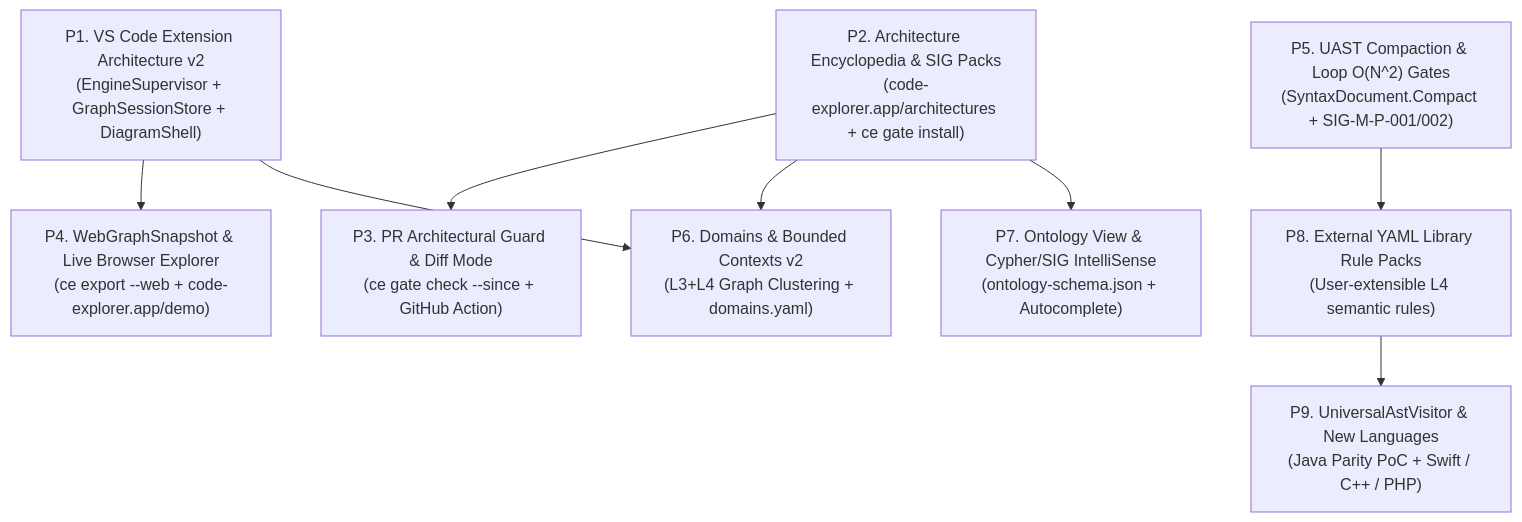
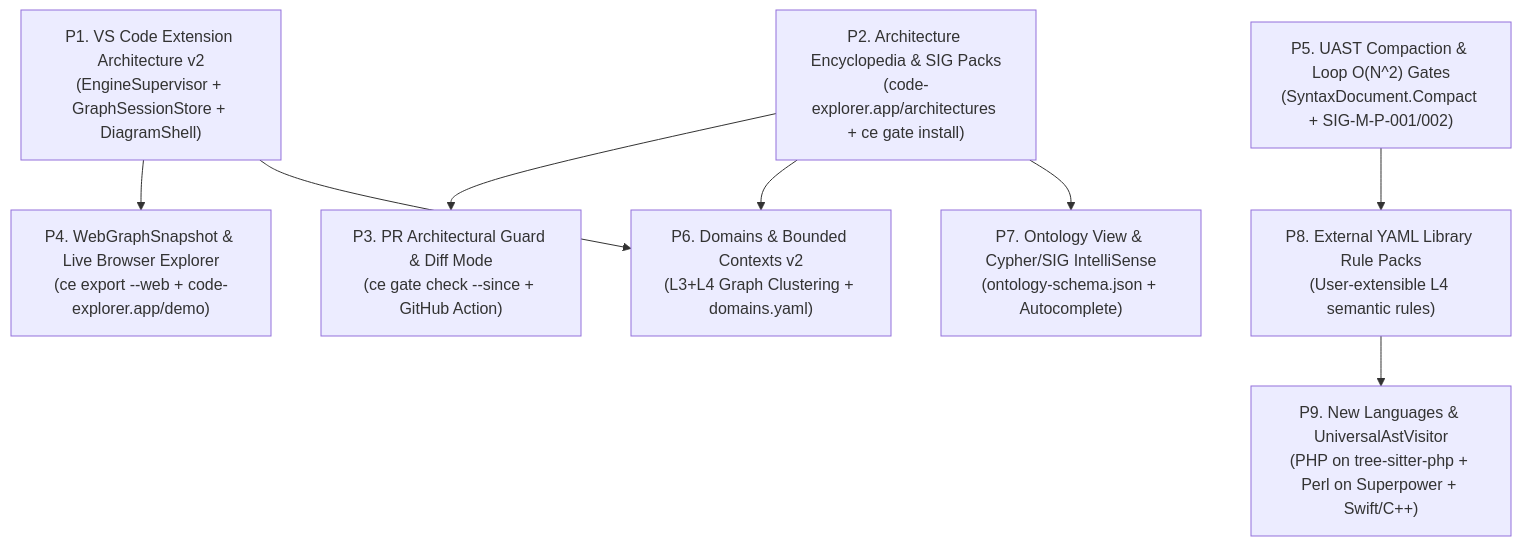
The diagram in docs/proposals/roadmap.md (vmikhailov/code-explorer), drawn with Mermaid before and after one commit. The commit also changed other lines of this file and 131 other files, not shown here.

````diff
--- a/docs/proposals/roadmap.md
+++ b/docs/proposals/roadmap.md
@@ -60,19 +60,19 @@
 ```mermaid
 flowchart TD
     P1["P1. VS Code Extension Architecture v2\n(EngineSupervisor + GraphSessionStore + DiagramShell)"]
     P2["P2. Architecture Encyclopedia & SIG Packs\n(code-explorer.app/architectures + ce gate install)"]
     P3["P3. PR Architectural Guard & Diff Mode\n(ce gate check --since + GitHub Action)"]
     P4["P4. WebGraphSnapshot & Live Browser Explorer\n(ce export --web + code-explorer.app/demo)"]
     P5["P5. UAST Compaction & Loop O(N^2) Gates\n(SyntaxDocument.Compact + SIG-M-P-001/002)"]
     P6["P6. Domains & Bounded Contexts v2\n(L3+L4 Graph Clustering + domains.yaml)"]
     P7["P7. Ontology View & Cypher/SIG IntelliSense\n(ontology-schema.json + Autocomplete)"]
     P8["P8. External YAML Library Rule Packs\n(User-extensible L4 semantic rules)"]
-    P9["P9. UniversalAstVisitor & New Languages\n(Java Parity PoC + Swift / C++ / PHP)"]
+    P9["P9. New Languages & UniversalAstVisitor\n(PHP on tree-sitter-php + Perl on Superpower + Swift/C++)"]
 
     P2 --> P3
     P1 --> P4
     P1 --> P6
     P2 --> P6
     P2 --> P7
     P5 --> P8 --> P9
 ```
````
